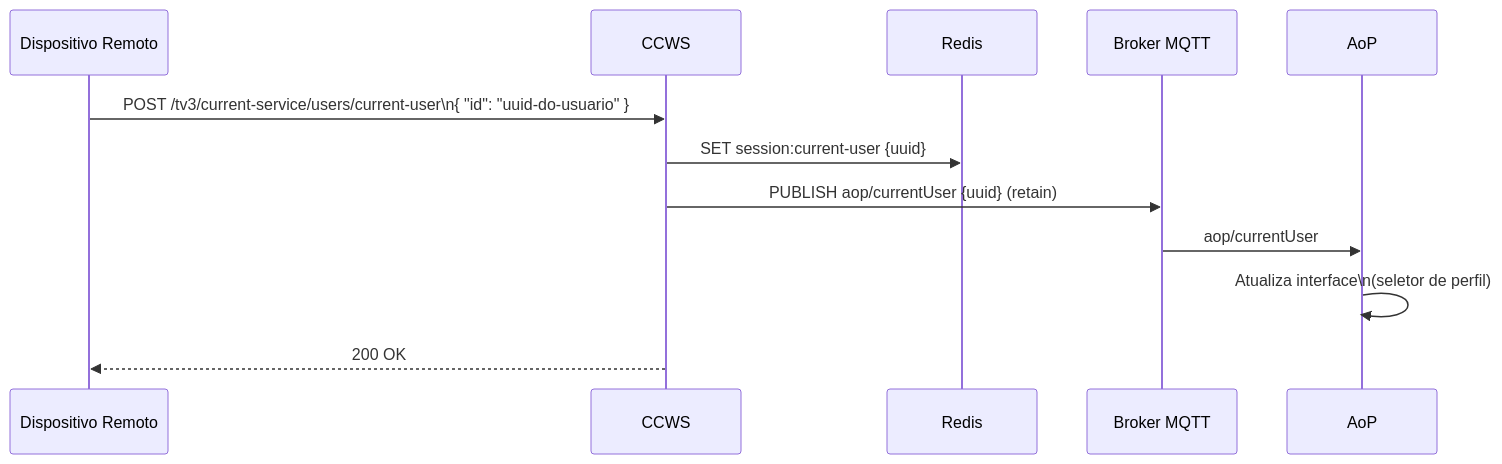
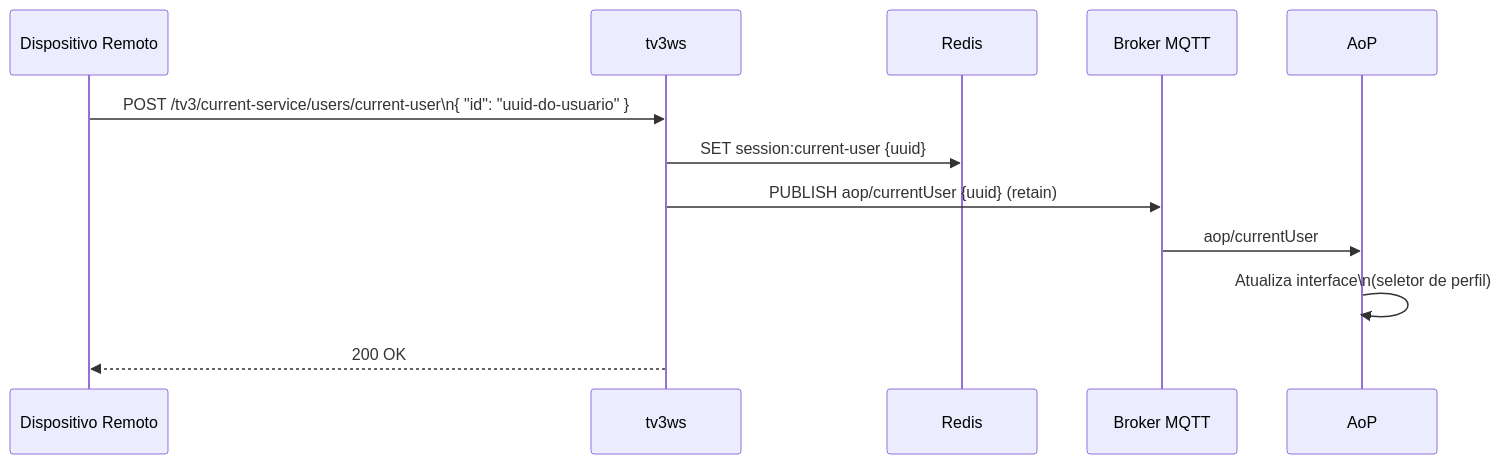
One commit to multisens/Infra changed the fourth of 4 diagrams in docs/07-usuarios-perfis.md. Above: the diagram before and after it, drawn with Mermaid. The commit also changed other lines of this file and 32 other files, not shown here.

````diff
--- a/docs/07-usuarios-perfis.md
+++ b/docs/07-usuarios-perfis.md
@@ -183,15 +190,15 @@
 ```mermaid
 sequenceDiagram
     participant C as Dispositivo Remoto
-    participant CCWS as CCWS
+    participant TV3WS as tv3ws
     participant REDIS as Redis
     participant MQTT as Broker MQTT
     participant AOP as AoP
 
-    C->>CCWS: POST /tv3/current-service/users/current-user\n{ "id": "uuid-do-usuario" }
-    CCWS->>REDIS: SET session:current-user {uuid}
-    CCWS->>MQTT: PUBLISH aop/currentUser {uuid} (retain)
+    C->>TV3WS: POST /tv3/current-service/users/current-user\n{ "id": "uuid-do-usuario" }
+    TV3WS->>REDIS: SET session:current-user {uuid}
+    TV3WS->>MQTT: PUBLISH aop/currentUser {uuid} (retain)
     MQTT->>AOP: aop/currentUser
     AOP->>AOP: Atualiza interface\n(seletor de perfil)
-    CCWS-->>C: 200 OK
+    TV3WS-->>C: 200 OK
 ```
````
